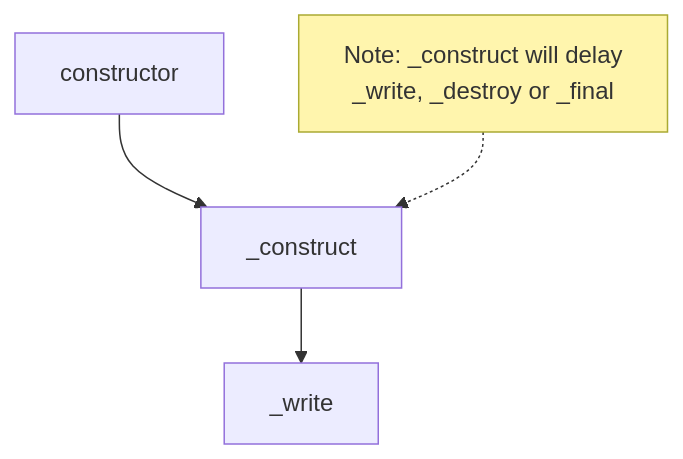
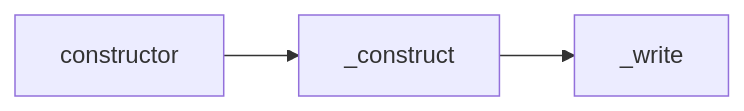
One commit to samuel871211/yusheng-tech-blog changed the first of 3 diagrams in docs/nodejs/stream-writable-1.md. Above: the diagram before and after it, drawn with Mermaid. The commit also changed other lines of this file and 3 other files, not shown here.

````diff
--- a/docs/nodejs/stream-writable-1.md
+++ b/docs/nodejs/stream-writable-1.md
@@ -49,12 +49,5 @@
 ```mermaid
-flowchart TD
+flowchart LR
     A[constructor] --> B[_construct]
     B --> C[_write]
-
-
-    %% Annotation
-    D["Note: _construct will delay<br/>_write, _destroy or _final"]
-    D -.-> B
-
-    style D fill:#fff5ad,stroke:#aaaa33
 ```
````
